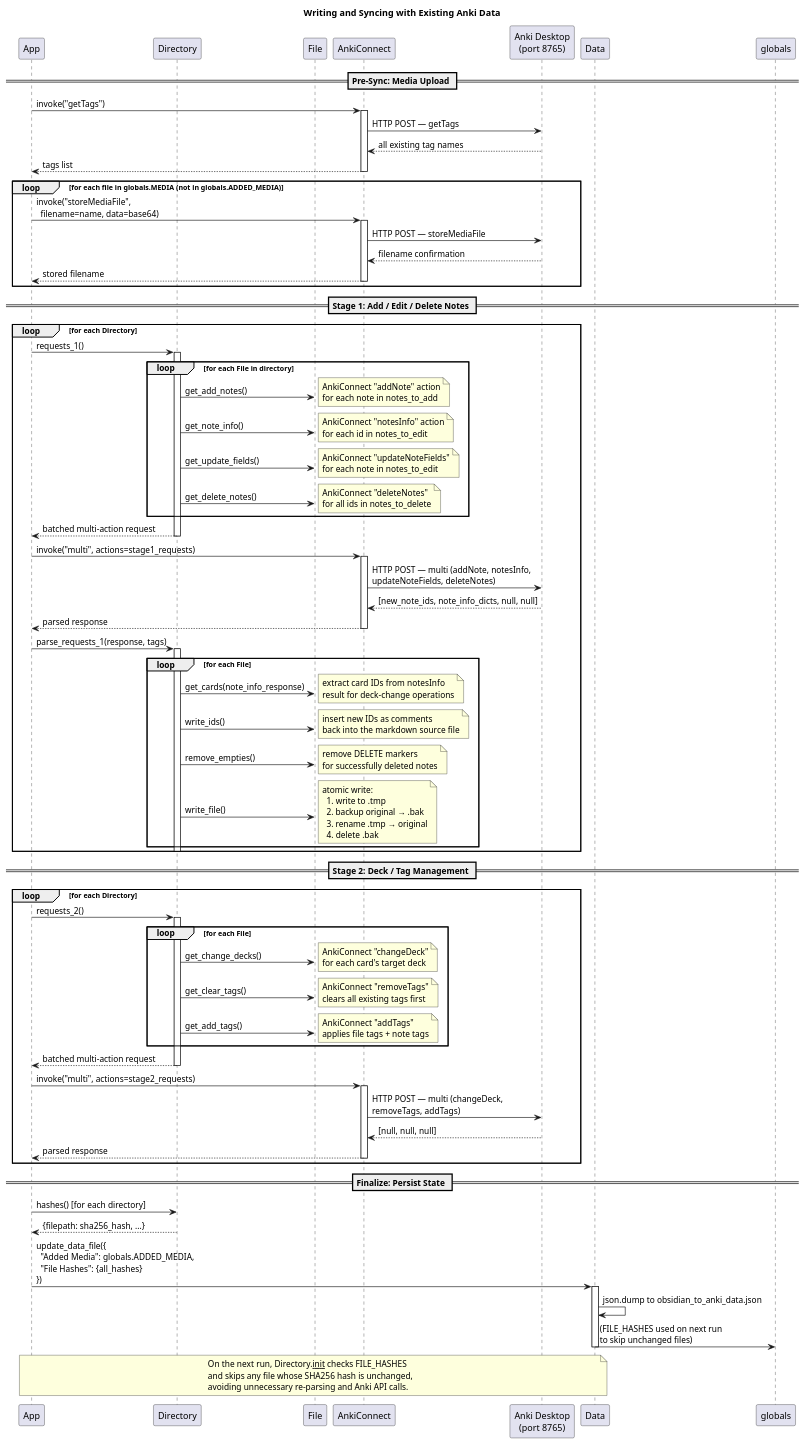
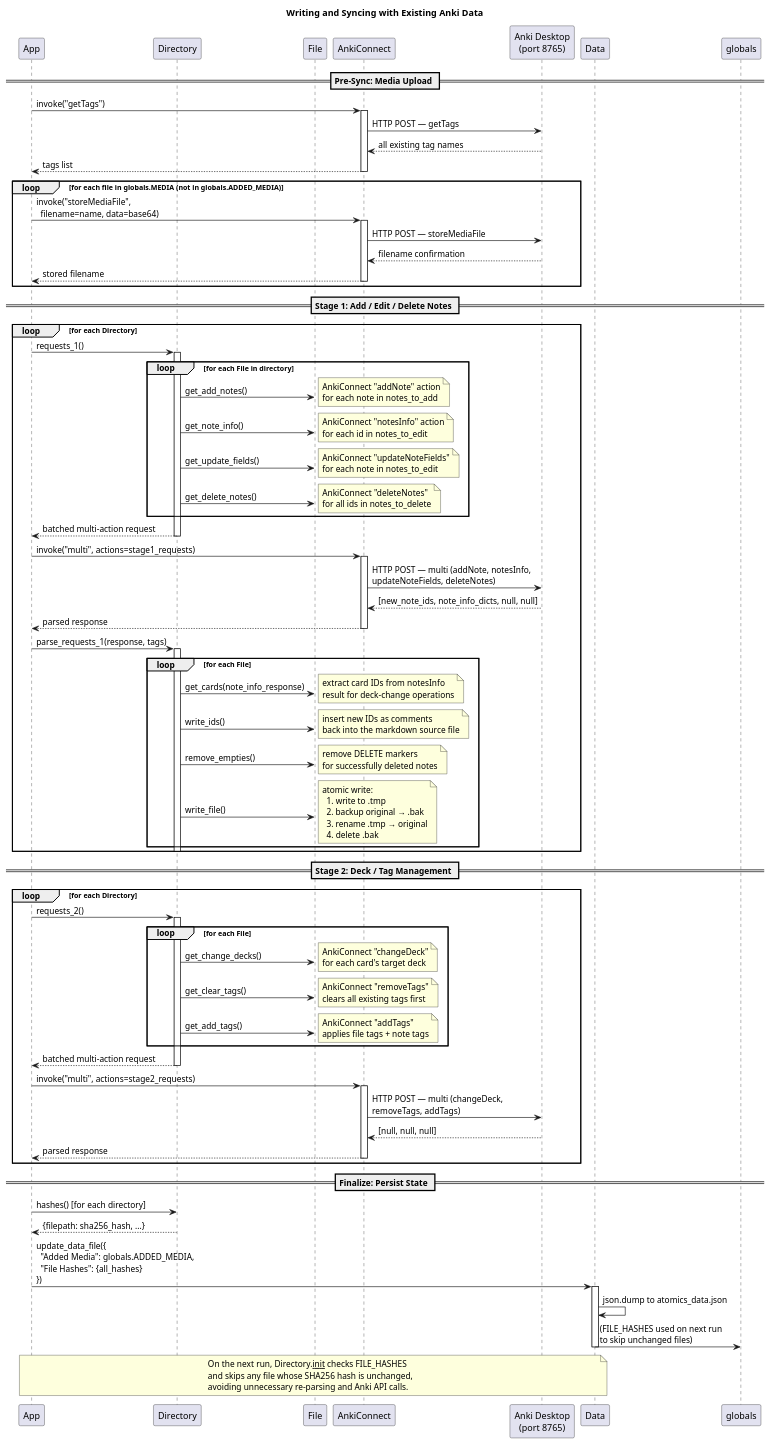
The diagram in docs/legacy/sequence_sync.puml (willgraham345/Obsidian_to_Anki), drawn with PlantUML before and after one commit. The commit also changed 37 other files, not shown here.

Commit message:
fixup! refactor: rename package from obsidian_to_anki to atomics

```diff
--- a/docs/legacy/sequence_sync.puml
+++ b/docs/legacy/sequence_sync.puml
@@ -1,111 +1,111 @@
 @startuml sequence_sync
 title Writing and Syncing with Existing Anki Data
 
 participant App
 participant Directory
 participant File
 participant AnkiConnect
 participant "Anki Desktop\n(port 8765)" as Anki
 participant Data
 participant globals
 
 == Pre-Sync: Media Upload ==
 
 App -> AnkiConnect : invoke("getTags")
 activate AnkiConnect
 AnkiConnect -> Anki : HTTP POST — getTags
 Anki --> AnkiConnect : all existing tag names
 AnkiConnect --> App : tags list
 deactivate AnkiConnect
 
 loop for each file in globals.MEDIA (not in globals.ADDED_MEDIA)
   App -> AnkiConnect : invoke("storeMediaFile",\n  filename=name, data=base64)
   activate AnkiConnect
   AnkiConnect -> Anki : HTTP POST — storeMediaFile
   Anki --> AnkiConnect : filename confirmation
   AnkiConnect --> App : stored filename
   deactivate AnkiConnect
 end
 
 == Stage 1: Add / Edit / Delete Notes ==
 
 loop for each Directory
   App -> Directory : requests_1()
   activate Directory
   loop for each File in directory
     Directory -> File : get_add_notes()
     note right: AnkiConnect "addNote" action\nfor each note in notes_to_add
     Directory -> File : get_note_info()
     note right: AnkiConnect "notesInfo" action\nfor each id in notes_to_edit
     Directory -> File : get_update_fields()
     note right: AnkiConnect "updateNoteFields"\nfor each note in notes_to_edit
     Directory -> File : get_delete_notes()
     note right: AnkiConnect "deleteNotes"\nfor all ids in notes_to_delete
   end
   Directory --> App : batched multi-action request
   deactivate Directory
 
   App -> AnkiConnect : invoke("multi", actions=stage1_requests)
   activate AnkiConnect
   AnkiConnect -> Anki : HTTP POST — multi (addNote, notesInfo,\nupdateNoteFields, deleteNotes)
   Anki --> AnkiConnect : [new_note_ids, note_info_dicts, null, null]
   AnkiConnect --> App : parsed response
   deactivate AnkiConnect
 
   App -> Directory : parse_requests_1(response, tags)
   activate Directory
   loop for each File
     Directory -> File : get_cards(note_info_response)
     note right: extract card IDs from notesInfo\nresult for deck-change operations
     Directory -> File : write_ids()
     note right: insert new IDs as comments\nback into the markdown source file
     Directory -> File : remove_empties()
     note right: remove DELETE markers\nfor successfully deleted notes
     Directory -> File : write_file()
     note right: atomic write:\n  1. write to .tmp\n  2. backup original → .bak\n  3. rename .tmp → original\n  4. delete .bak
   end
   deactivate Directory
 end
 
 == Stage 2: Deck / Tag Management ==
 
 loop for each Directory
   App -> Directory : requests_2()
   activate Directory
   loop for each File
     Directory -> File : get_change_decks()
     note right: AnkiConnect "changeDeck"\nfor each card's target deck
     Directory -> File : get_clear_tags()
     note right: AnkiConnect "removeTags"\nclears all existing tags first
     Directory -> File : get_add_tags()
     note right: AnkiConnect "addTags"\napplies file tags + note tags
   end
   Directory --> App : batched multi-action request
   deactivate Directory
 
   App -> AnkiConnect : invoke("multi", actions=stage2_requests)
   activate AnkiConnect
   AnkiConnect -> Anki : HTTP POST — multi (changeDeck,\nremoveTags, addTags)
   Anki --> AnkiConnect : [null, null, null]
   AnkiConnect --> App : parsed response
   deactivate AnkiConnect
 end
 
 == Finalize: Persist State ==
 
 App -> Directory : hashes() [for each directory]
 Directory --> App : {filepath: sha256_hash, ...}
 
 App -> Data : update_data_file({\n  "Added Media": globals.ADDED_MEDIA,\n  "File Hashes": {all_hashes}\n})
 activate Data
-Data -> Data : json.dump to obsidian_to_anki_data.json
+Data -> Data : json.dump to atomics_data.json
 Data -> globals : (FILE_HASHES used on next run\nto skip unchanged files)
 deactivate Data
 
 note over App, Data
   On the next run, Directory.__init__ checks FILE_HASHES
   and skips any file whose SHA256 hash is unchanged,
   avoiding unnecessary re-parsing and Anki API calls.
 end note
 
 @enduml
```
